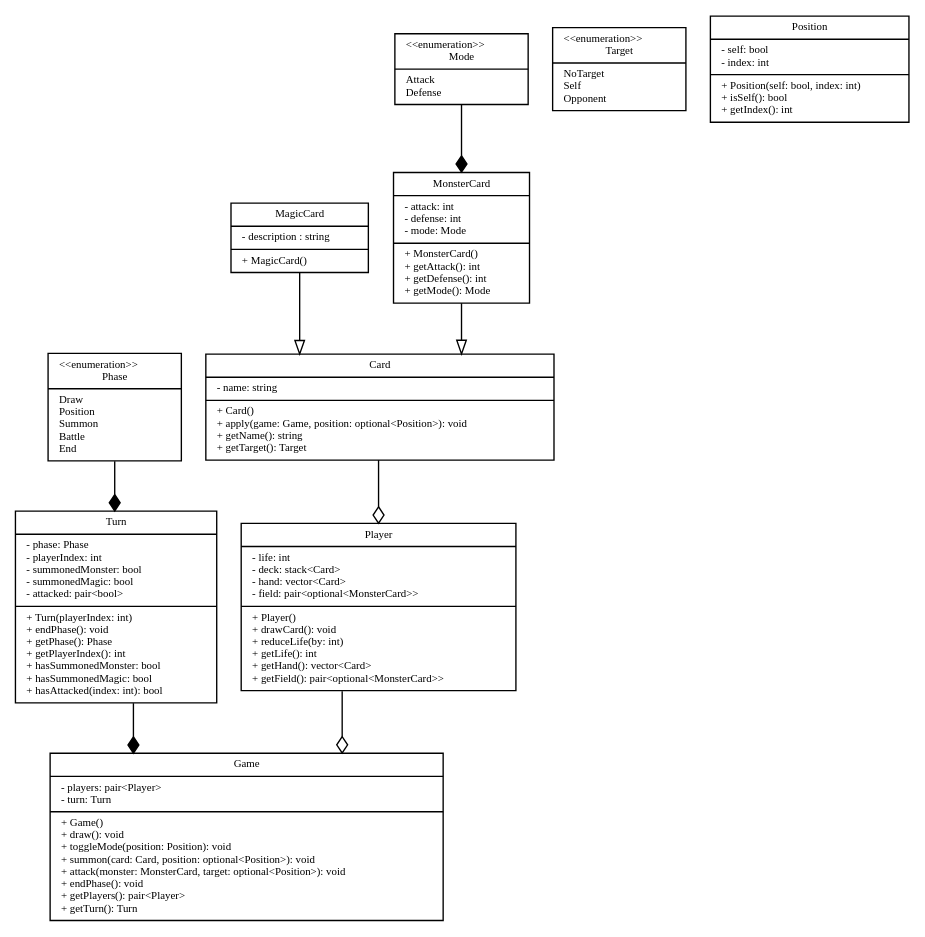
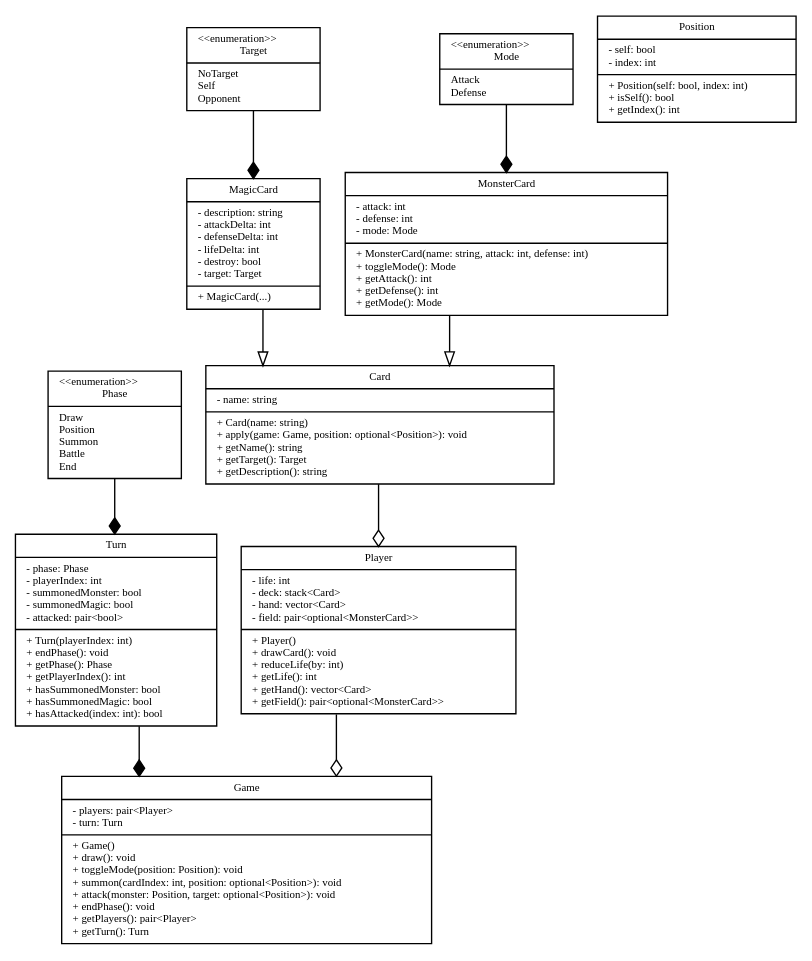
Before and after one commit to pds2/20191-team-5: the diagram in Documentação/classDiagram.dot, drawn with Graphviz. The commit also changed 1 other file, not shown here.

Commit message:
generalize magic cards and adjust api

```diff
--- a/Documentação/classDiagram.dot
+++ b/Documentação/classDiagram.dot
@@ -1,167 +1,175 @@
 digraph ClassDiagram {
 	fontname = "Bitstream Vera Sans"
   fontsize = 8
   splines = "ortho"
 
   node [
     fontname = "Bitstream Vera Sans"
     fontsize = 8
     shape = "record"
   ]
 
   edge [
     fontname = "Bitstream Vera Sans"
     fontsize = 8
   ]
 
 	// Classes  
   Game [
   	label = "{ Game
       |
       - players: pair\<Player\> \l
       - turn: Turn \l
       |
       + Game() \l
       + draw(): void \l
       + toggleMode(position: Position): void \l
-      + summon(card: Card, position: optional\<Position\>): void \l
-      + attack(monster: MonsterCard, target: optional\<Position\>): void \l
+      + summon(cardIndex: int, position: optional\<Position\>): void \l
+      + attack(monster: Position, target: optional\<Position\>): void \l
       + endPhase(): void \l
       + getPlayers(): pair\<Player\> \l
       + getTurn(): Turn \l
     }"
   ]
   
   Turn [
     label = "{ Turn
       |
       - phase: Phase \l
       - playerIndex: int \l
       - summonedMonster: bool \l
       - summonedMagic: bool \l
       - attacked: pair\<bool\> \l
       |
       + Turn(playerIndex: int) \l
       + endPhase(): void \l
       + getPhase(): Phase \l
       + getPlayerIndex(): int \l
       + hasSummonedMonster: bool \l
       + hasSummonedMagic: bool \l
       + hasAttacked(index: int): bool \l
     }"
   ]
   
   Phase [
     label = "{ \<\<enumeration\>\> \l Phase
       |
       Draw \l
       Position \l
       Summon \l
       Battle \l
       End \l
     }"
   ]
 
   Player [
   	label = "{ Player
       |
       - life: int \l
       - deck: stack\<Card\> \l
       - hand: vector\<Card\> \l
       - field: pair\<optional\<MonsterCard\>\> \l
       |
       + Player() \l
       + drawCard(): void \l
       + reduceLife(by: int) \l
       + getLife(): int \l
       + getHand(): vector\<Card\> \l
       + getField(): pair\<optional\<MonsterCard\>\> \l
     }"
   ]
   
   Card [
     label = "{ Card
       |
       - name: string \l
       |
-      + Card() \l
+      + Card(name: string) \l
       + apply(game: Game, position: optional\<Position\>): void \l
       + getName(): string \l
       + getTarget(): Target \l
+      + getDescription(): string \l
     }"
   ]
 
   Target [
     label = "{ \<\<enumeration\>\> \l Target
       |
       NoTarget \l
       Self \l
       Opponent \l
     }"
   ]
   
   MagicCard [
     label = "{ MagicCard
       |
-      - description : string \l
+      - description: string \l
+      - attackDelta: int \l
+      - defenseDelta: int \l
+      - lifeDelta: int \l
+      - destroy: bool \l
+      - target: Target \l
       |
-      + MagicCard() \l
+      + MagicCard(...) \l
     }"
   ]
   
   MonsterCard [
     label = "{ MonsterCard
       |
       - attack: int \l
       - defense: int \l
       - mode: Mode \l
       |
-      + MonsterCard() \l
+      + MonsterCard(name: string, attack: int, defense: int) \l
+      + toggleMode(): Mode \l
       + getAttack(): int \l
       + getDefense(): int \l
       + getMode(): Mode \l
     }"
   ]
   
   Mode [
     label = "{ \<\<enumeration\>\> \l Mode
       |
       Attack \l
       Defense \l
     }"
   ]
 
   Position [
     label = "{ Position
       |
       - self: bool \l
       - index: int \l
       |
       + Position(self: bool, index: int) \l
       + isSelf(): bool \l
       + getIndex(): int \l
     }"
   ]
 
 	// Heranças
   edge [
     arrowhead = "empty"
   ]
   
   MagicCard -> Card
   MonsterCard -> Card
   
   // Composições
   edge [
     arrowhead = "diamond"
   ]
   Phase -> Turn
   Turn -> Game
   Mode -> MonsterCard
+  Target -> MagicCard
   
   edge [
     arrowhead = "odiamond"
   ]
   Card -> Player
   Player -> Game
 }
```
